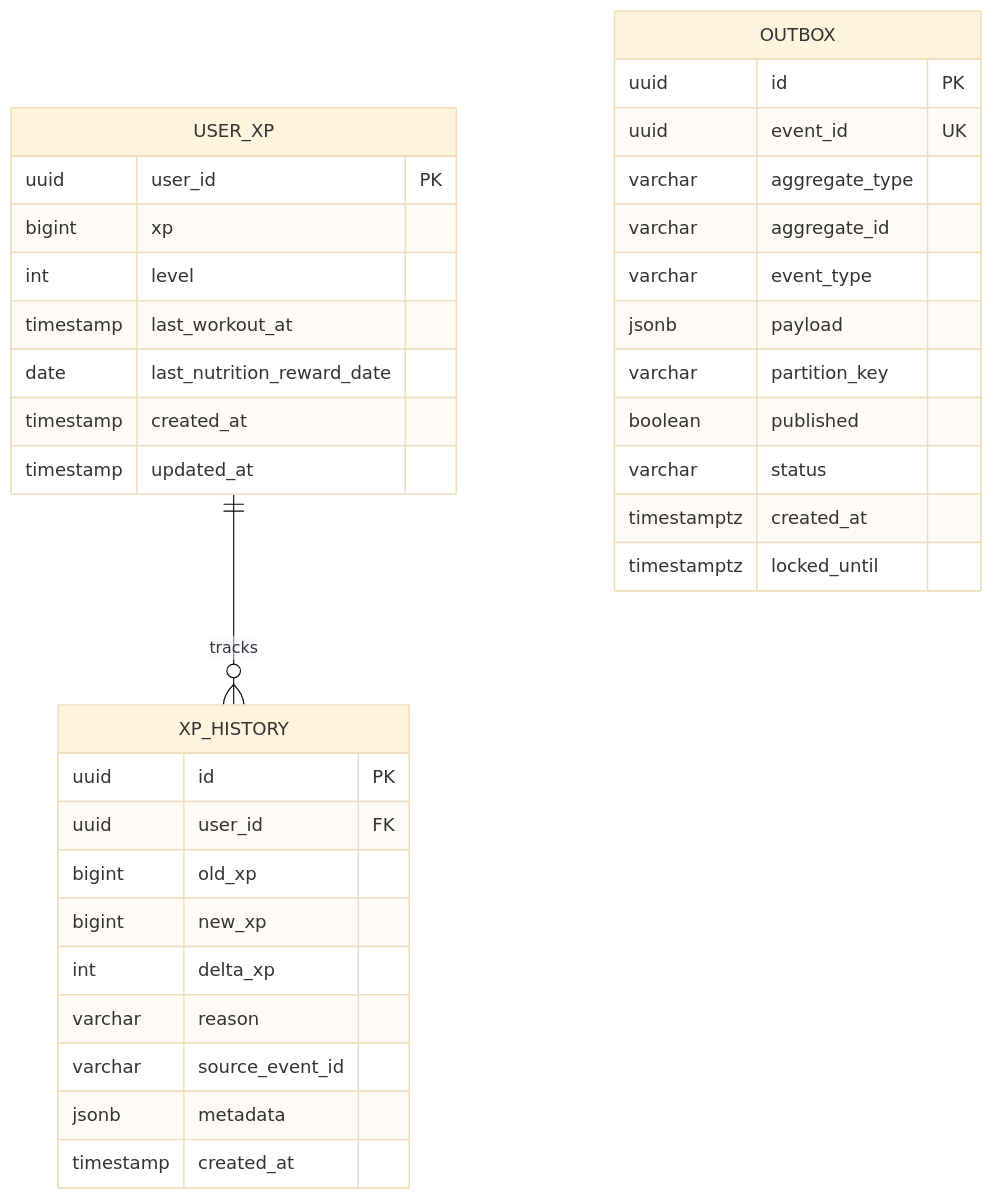
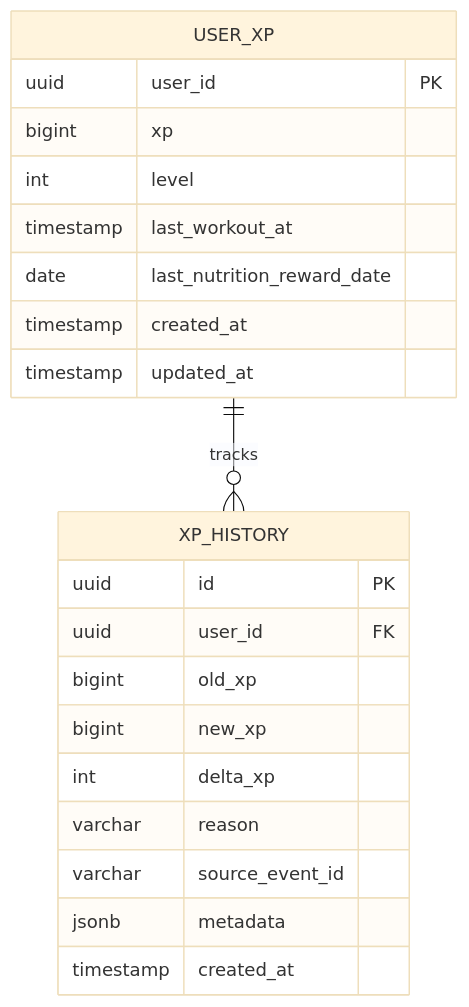
The second of 5 diagrams in internal/gamification/docs/features/xp-and-levels/02-design.md (viethung213/gym-companion), drawn with Mermaid (base theme) before and after one commit. The commit also changed other lines of this file and 6 other files, not shown here.

````diff
--- a/internal/gamification/docs/features/xp-and-levels/02-design.md
+++ b/internal/gamification/docs/features/xp-and-levels/02-design.md
@@ -126,39 +100,25 @@
 ```mermaid
 erDiagram
     USER_XP ||--o{ XP_HISTORY : tracks
     USER_XP {
         uuid user_id PK
         bigint xp
         int level
         timestamp last_workout_at
         date last_nutrition_reward_date
         timestamp created_at
         timestamp updated_at
     }
 
     XP_HISTORY {
         uuid id PK
         uuid user_id FK
         bigint old_xp
         bigint new_xp
         int delta_xp
         varchar reason
         varchar source_event_id
         jsonb metadata
         timestamp created_at
     }
-
-    OUTBOX {
-        uuid id PK
-        uuid event_id UK
-        varchar aggregate_type
-        varchar aggregate_id
-        varchar event_type
-        jsonb payload
-        varchar partition_key
-        boolean published
-        varchar status
-        timestamptz created_at
-        timestamptz locked_until
-    }
 ```
````
